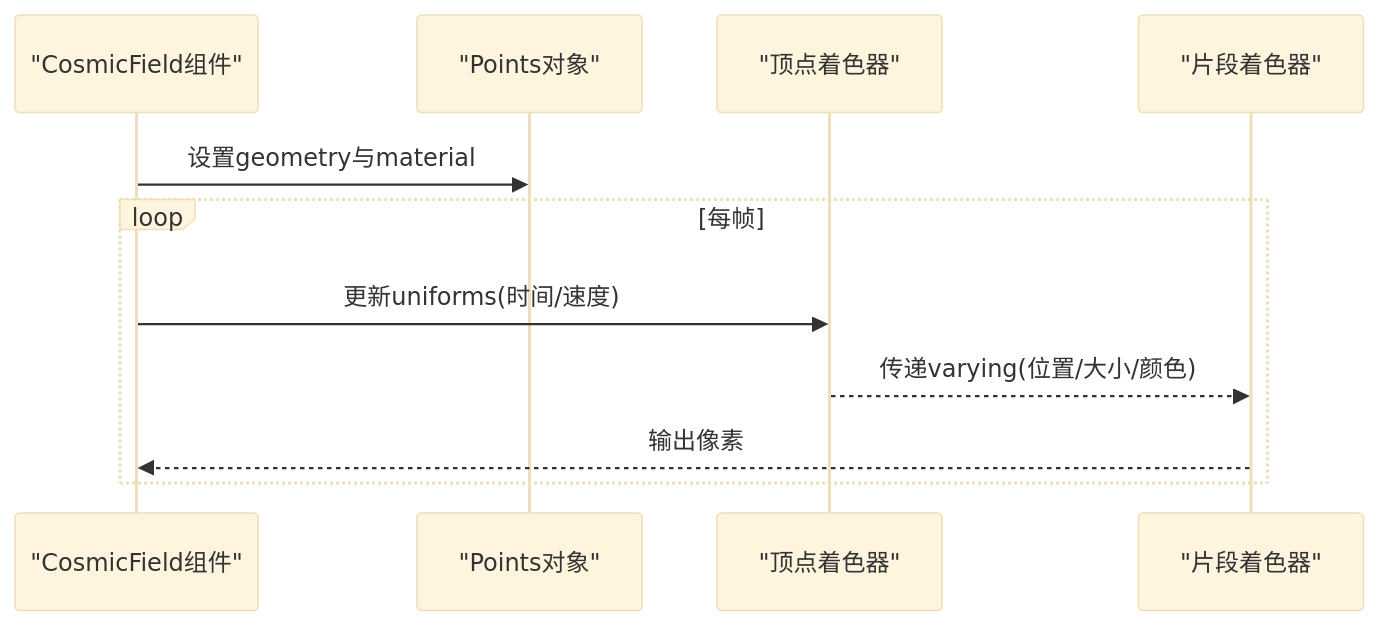
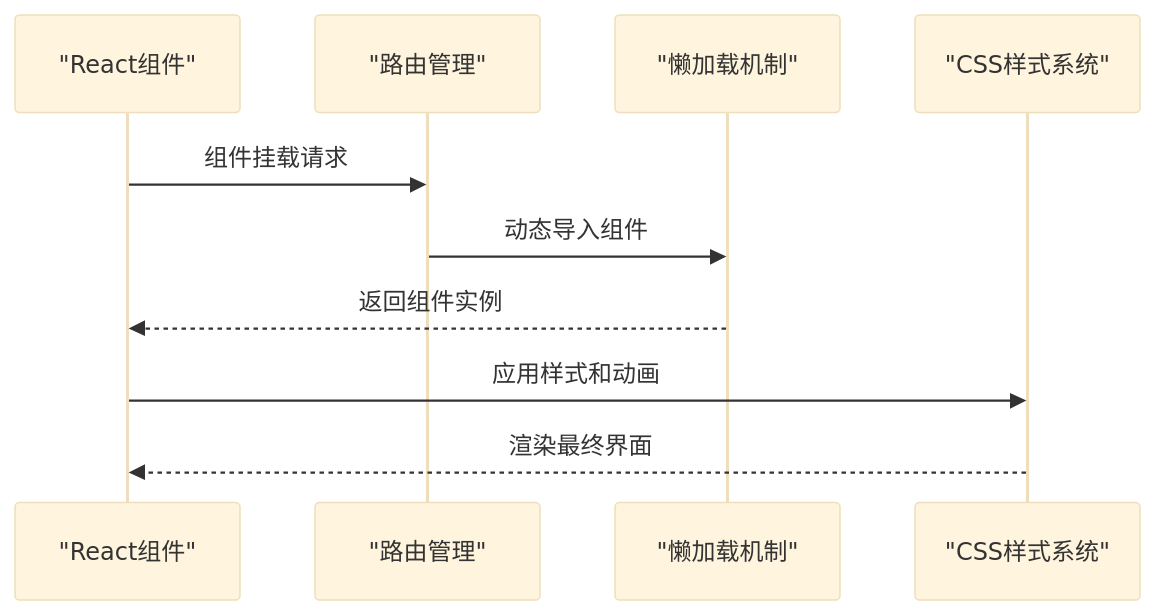
Before and after one commit to lithos666/lithos666.github.io: the second of 4 diagrams in .qoder/repowiki/zh/content/3D渲染系统/着色器与材质/着色器与材质.md, drawn with Mermaid (base theme). The commit also changed other lines of this file and 51 other files, not shown here.

````diff
--- a/.qoder/repowiki/zh/content/3D渲染系统/着色器与材质/着色器与材质.md
+++ b/.qoder/repowiki/zh/content/3D渲染系统/着色器与材质/着色器与材质.md
@@ -210,13 +75,12 @@
 ```mermaid
 sequenceDiagram
-participant Comp as "CosmicField组件"
-participant Points as "Points对象"
-participant VS as "顶点着色器"
-participant FS as "片段着色器"
-Comp->>Points : 设置geometry与material
-loop 每帧
-Comp->>VS : 更新uniforms(时间/速度)
-VS-->>FS : 传递varying(位置/大小/颜色)
-FS-->>Comp : 输出像素
-end
+participant UI as "React组件"
+participant Router as "路由管理"
+participant Lazy as "懒加载机制"
+participant CSS as "CSS样式系统"
+UI->>Router : 组件挂载请求
+Router->>Lazy : 动态导入组件
+Lazy-->>UI : 返回组件实例
+UI->>CSS : 应用样式和动画
+CSS-->>UI : 渲染最终界面
 ```
````
